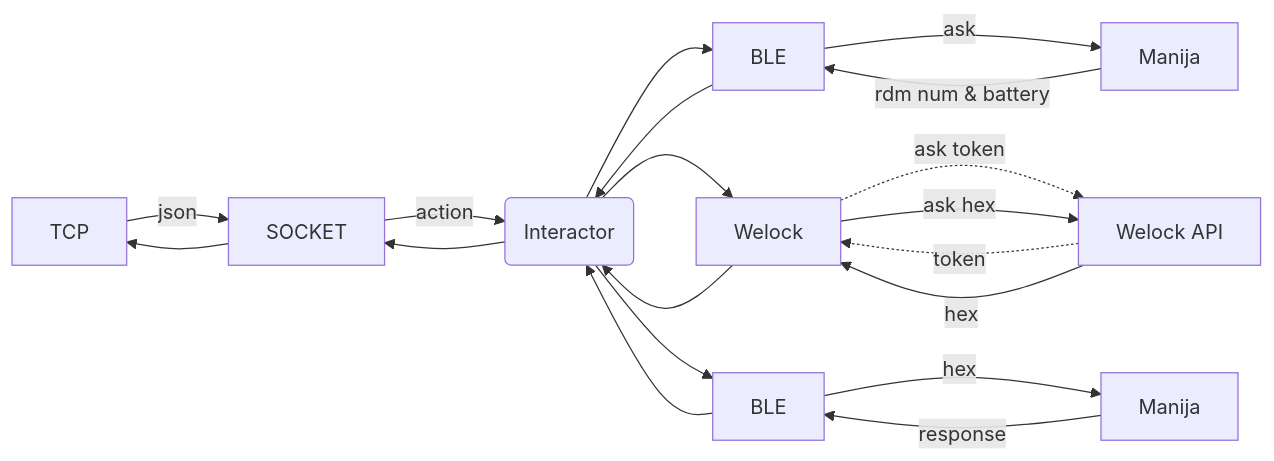
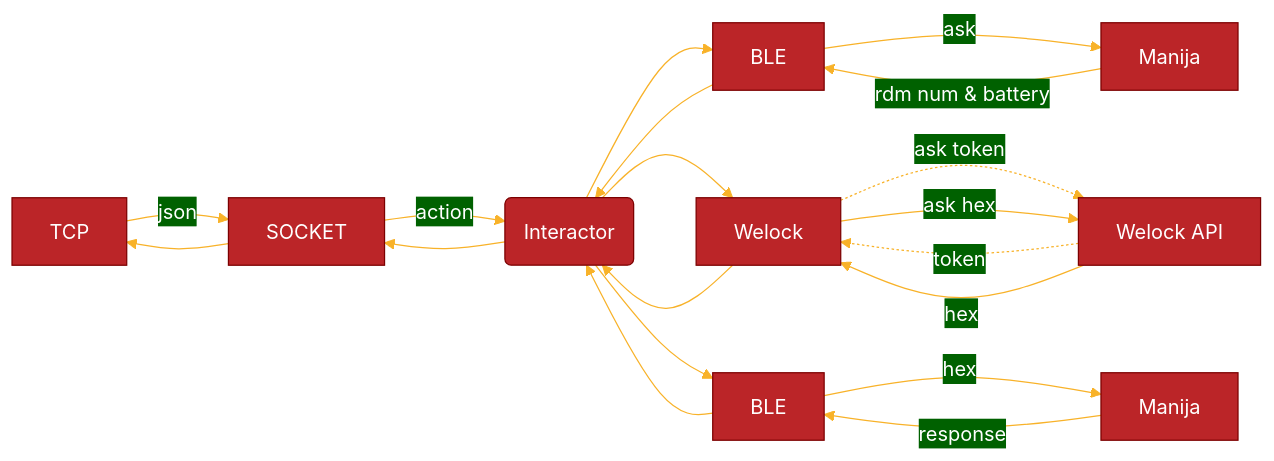
Before and after one commit to ATICMCH/BleKotlin: the diagram in README.md, drawn with Mermaid.

````diff
--- a/README.md
+++ b/README.md
@@ -107,30 +107,44 @@
 ```mermaid
 graph LR
 TCP -->|json| A
 A[SOCKET] -->|action|B(Interactor)
 
 B -->BLE[BLE]
 BLE--> B
 
 B -->E[Welock]
 E-->B
 
 B -->F[BLE]
 F -->B
 
 BLE --> |ask| MANIJA[Manija]
 MANIJA -->|rdm num & battery| BLE
 
 
 H -.->|token| E
 E -.->|ask token| H[Welock API]
 
 E --> |ask hex|H[Welock API]
 H -->|hex| E
 
 F --> |hex| I[Manija]
 I --> |response|F
 
 B -->
 A --> TCP
+
+%%{
+  init: {
+    'theme': 'base',
+    'themeVariables': {
+      'primaryColor': '#BB2528',
+      'primaryTextColor': '#fff',
+      'primaryBorderColor': '#7C0000',
+      'lineColor': '#F8B229',
+      'secondaryColor': '#006100',
+      'tertiaryColor': '#fff'
+    }
+  }
+}%%
 ```
````
